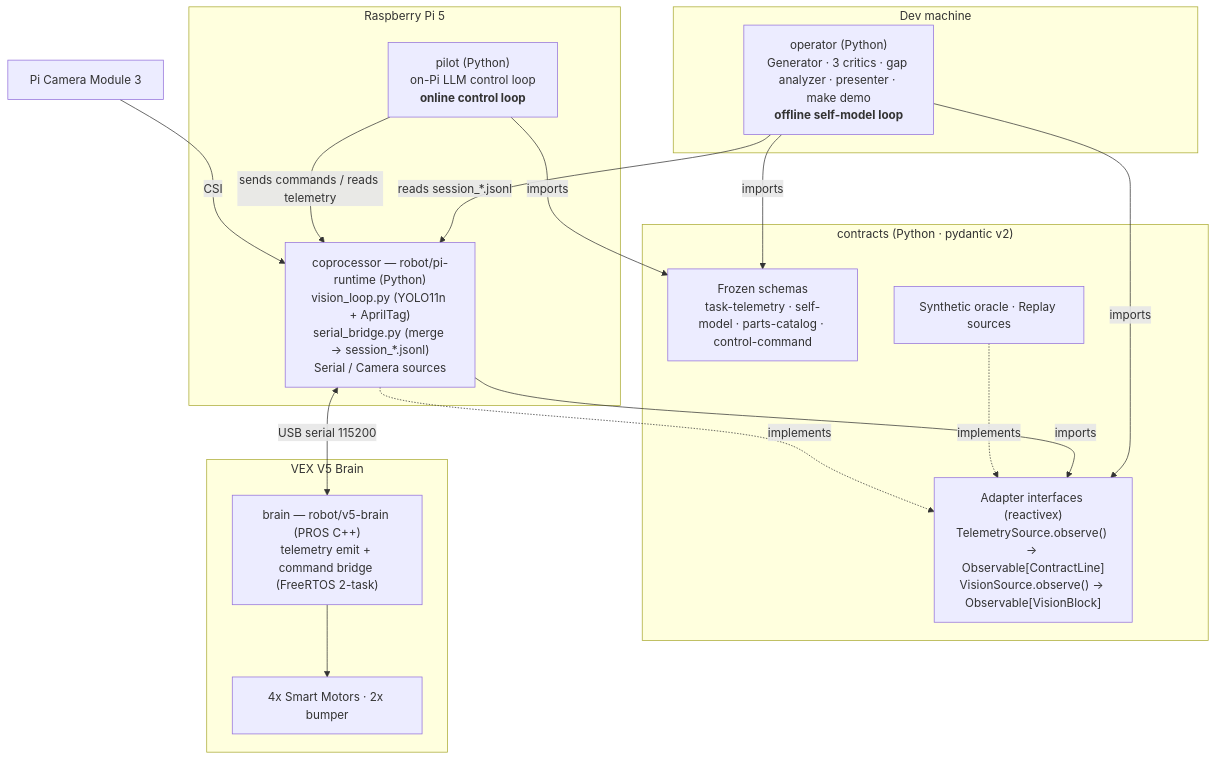
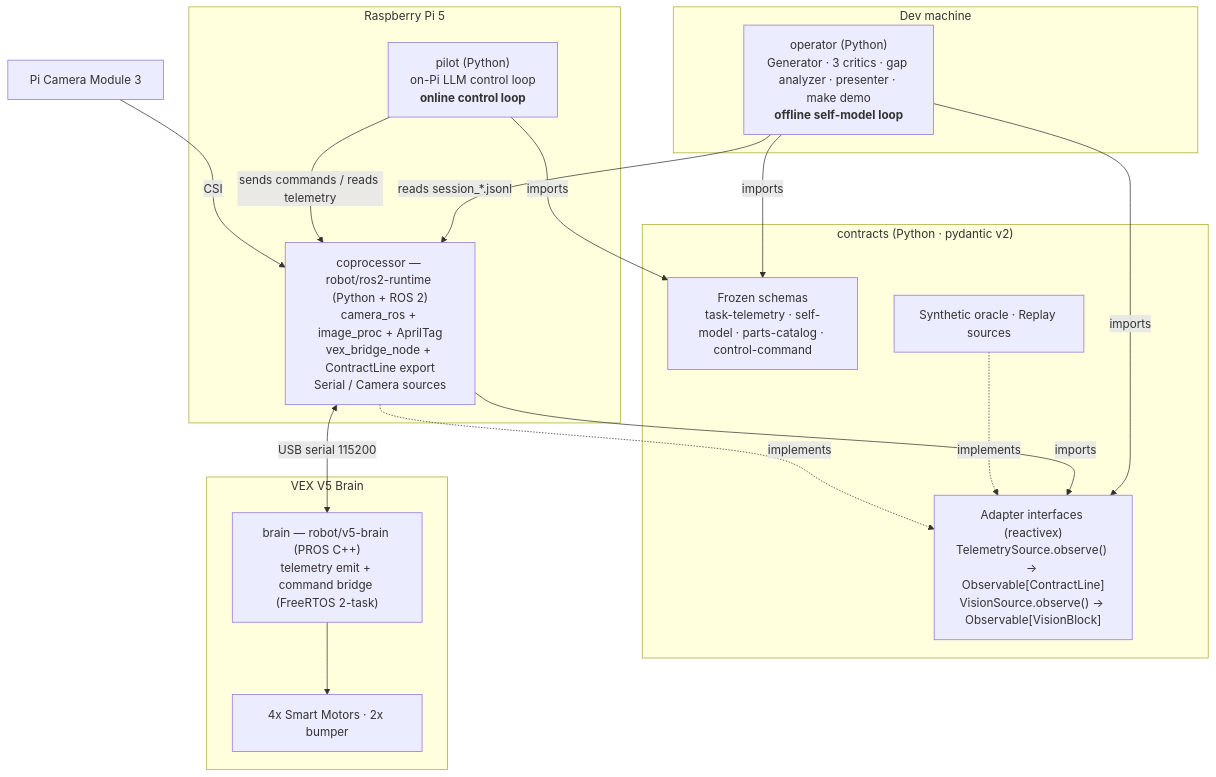
One commit to codewizard-dt/llm-self-model-capstone changed the first of 2 diagrams in ARCHITECTURE.md. Above: the diagram before and after it, drawn with Mermaid. The commit also changed other lines of this file and 63 other files, not shown here.

Commit message:
[major] Make ros2-runtime the sole Pi runtime and fix operator capture identity

````diff
--- a/ARCHITECTURE.md
+++ b/ARCHITECTURE.md
@@ -15,32 +15,32 @@
 ```mermaid
 flowchart TB
   subgraph dev["Dev machine"]
     OP["operator (Python)<br/>Generator · 3 critics · gap analyzer · presenter · make demo<br/><b>offline self-model loop</b>"]
   end
   subgraph contracts["contracts (Python · pydantic v2)"]
     SCH["Frozen schemas<br/>task-telemetry · self-model · parts-catalog · control-command"]
     ADP["Adapter interfaces (reactivex)<br/>TelemetrySource.observe() → Observable[ContractLine]<br/>VisionSource.observe() → Observable[VisionBlock]"]
     ORC["Synthetic oracle · Replay sources"]
   end
   subgraph pi["Raspberry Pi 5"]
     PILOT["pilot (Python)<br/>on-Pi LLM control loop<br/><b>online control loop</b>"]
-    COPRO["coprocessor — robot/pi-runtime (Python)<br/>vision_loop.py (YOLO11n + AprilTag)<br/>serial_bridge.py (merge → session_*.jsonl)<br/>Serial / Camera sources"]
+    COPRO["coprocessor — robot/ros2-runtime (Python + ROS 2)<br/>camera_ros + image_proc + AprilTag<br/>vex_bridge_node + ContractLine export<br/>Serial / Camera sources"]
   end
   subgraph v5["VEX V5 Brain"]
     BRAIN["brain — robot/v5-brain (PROS C++)<br/>telemetry emit + command bridge (FreeRTOS 2-task)"]
     MOTORS["4x Smart Motors · 2x bumper"]
   end
   CAM["Pi Camera Module 3"]
 
   OP -->|imports| SCH
   OP -->|imports| ADP
   PILOT -->|imports| SCH
   COPRO -->|imports| ADP
   ORC -.implements.-> ADP
   COPRO -.implements.-> ADP
   OP -->|reads session_*.jsonl| COPRO
   PILOT -->|sends commands / reads telemetry| COPRO
   COPRO <-->|USB serial 115200| BRAIN
   CAM -->|CSI| COPRO
   BRAIN --> MOTORS
 ```
````
